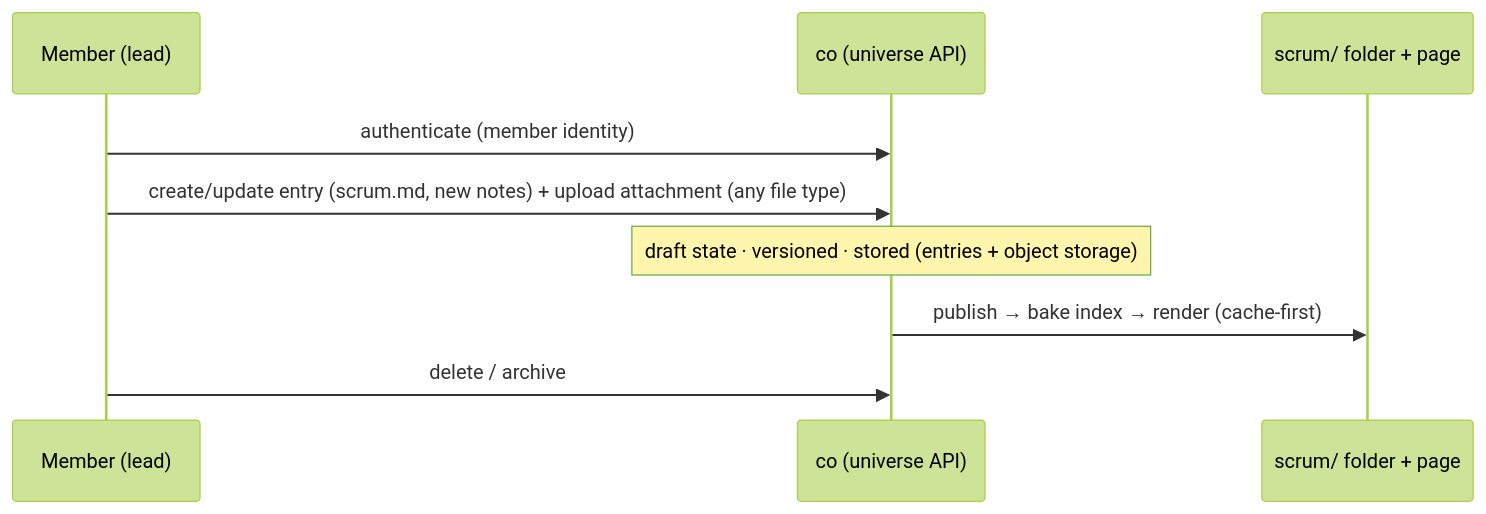
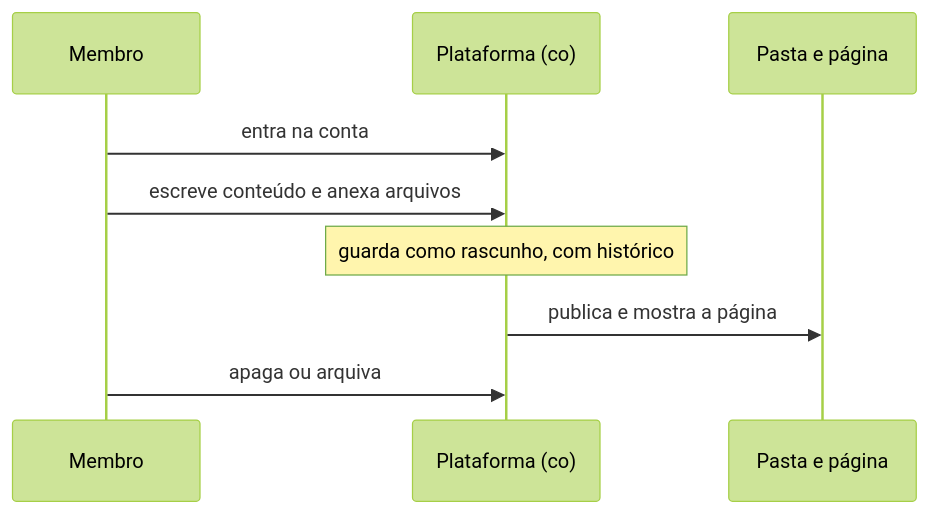
One commit to artelonga/ArteLonga changed the second of 4 diagrams in docs/scrum-universe.pt.md. Above: the diagram before and after it, drawn with Mermaid (forest theme). The commit also changed other lines of this file and 43 other files, not shown here.

First line of the commit message:
feat(docs): diagramas simples e legíveis (sem jargão) em todas as docs (#89)

````diff
--- a/docs/scrum-universe.pt.md
+++ b/docs/scrum-universe.pt.md
@@ -56,11 +56,11 @@
 ```mermaid
 sequenceDiagram
-  participant M as Member (lead)
-  participant CO as co (universe API)
-  participant S as scrum/ folder + page
-  M->>CO: authenticate (member identity)
-  M->>CO: create/update entry (scrum.md, new notes) + upload attachment (any file type)
-  Note over CO: draft state · versioned · stored (entries + object storage)
-  CO->>S: publish → bake index → render (cache-first)
-  M->>CO: delete / archive
+  participant M as Membro
+  participant CO as Plataforma (co)
+  participant S as Pasta e página
+  M->>CO: entra na conta
+  M->>CO: escreve conteúdo e anexa arquivos
+  Note over CO: guarda como rascunho, com histórico
+  CO->>S: publica e mostra a página
+  M->>CO: apaga ou arquiva
 ```
````
